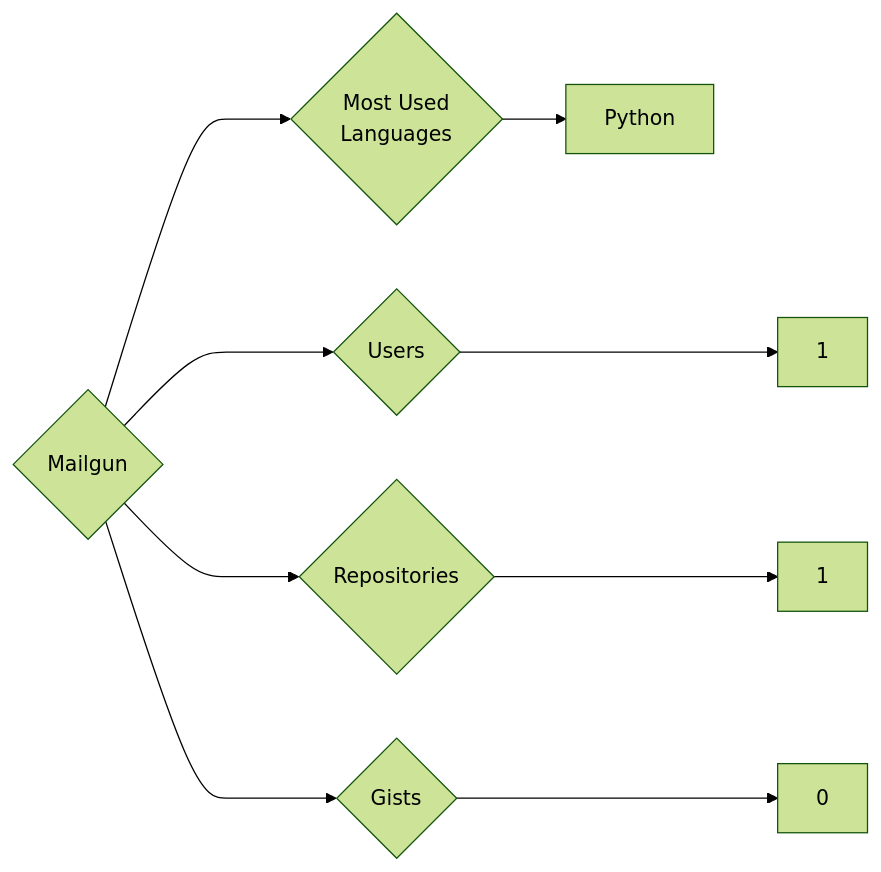
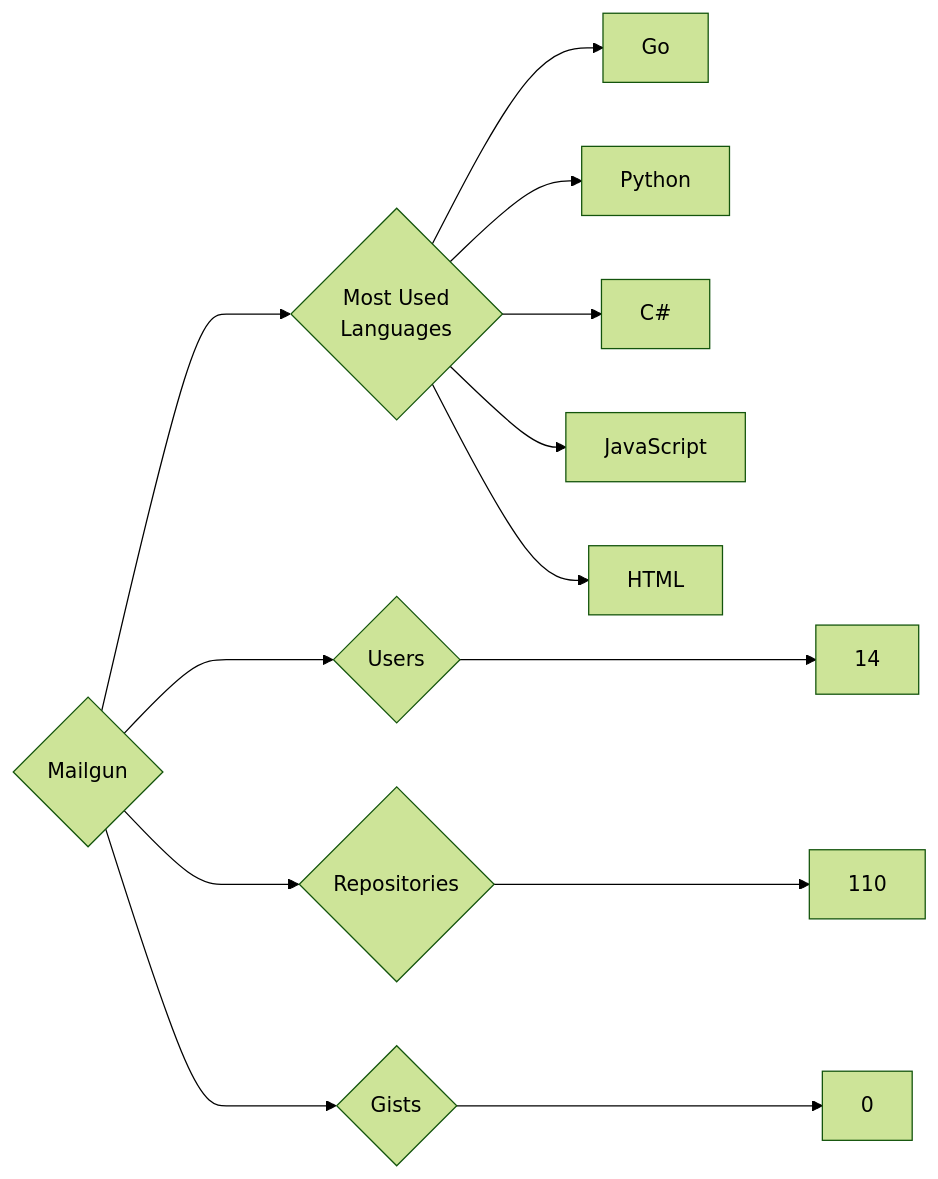
One commit to trickest/insiders changed the diagram in targets/Mailgun/README.md. Above: the diagram before and after it, drawn with Mermaid (forest theme). The commit also changed 951 other files, not shown here.

````diff
--- a/targets/Mailgun/README.md
+++ b/targets/Mailgun/README.md
@@ -3,9 +3,13 @@
 ```mermaid
 graph LR
 COMPANY_NAME{Mailgun}
-COMPANY_NAME ---> U{Users} ---> UN[1]
-COMPANY_NAME ---> R{Repositories} ---> RN[1]
+COMPANY_NAME ---> U{Users} ---> UN[14]
+COMPANY_NAME ---> R{Repositories} ---> RN[110]
 COMPANY_NAME ---> G{Gists} ---> GN[0]
 COMPANY_NAME ---> ML{Most Used<br>Languages}
-ML --> Python
+ML --> Go[Go]
+ML --> Python[Python]
+ML --> C#[C#]
+ML --> JavaScript[JavaScript]
+ML --> HTML[HTML]
 ```
````
